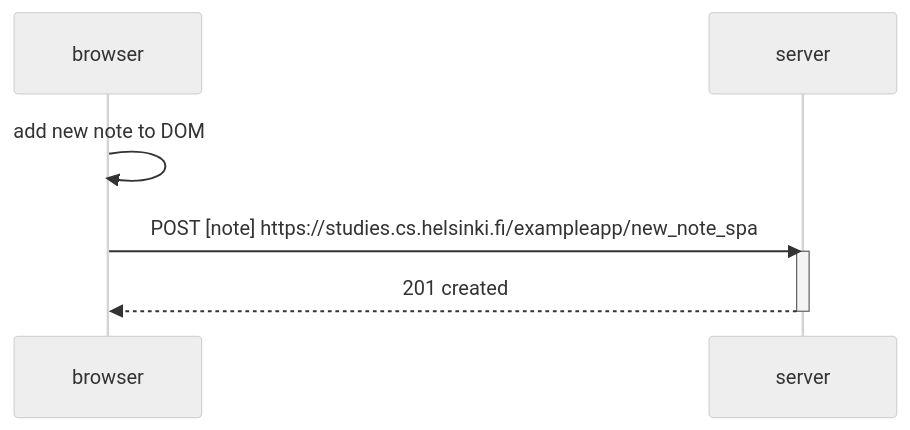
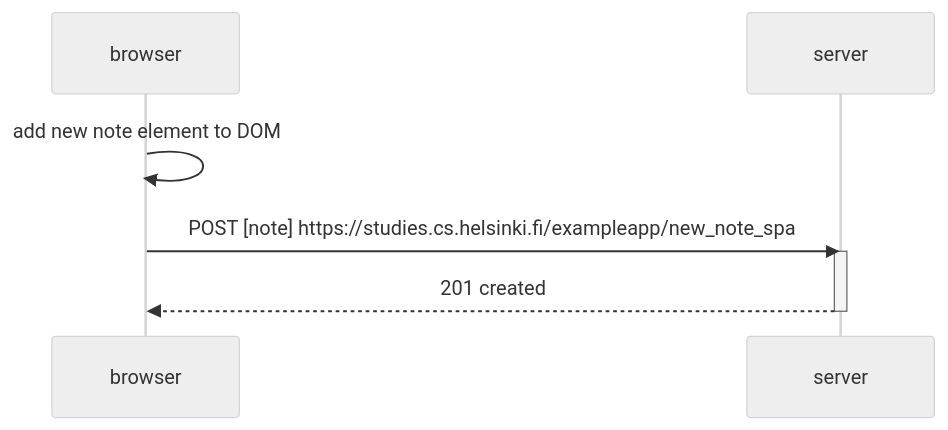
One commit to aralids/UHelsinki-FullStack-Solutions changed the diagram in part0/0-6.mmd. Above: the diagram before and after it, drawn with Mermaid (neutral theme).

```diff
--- a/part0/0-6.mmd
+++ b/part0/0-6.mmd
@@ -1,10 +1,10 @@
 sequenceDiagram
     participant browser
     participant server
 
-    browser->>browser: add new note to DOM
+    browser->>browser: add new note element to DOM
 
     browser->>server: POST [note] https://studies.cs.helsinki.fi/exampleapp/new_note_spa
     activate server
     server-->>browser: 201 created
     deactivate server
```
